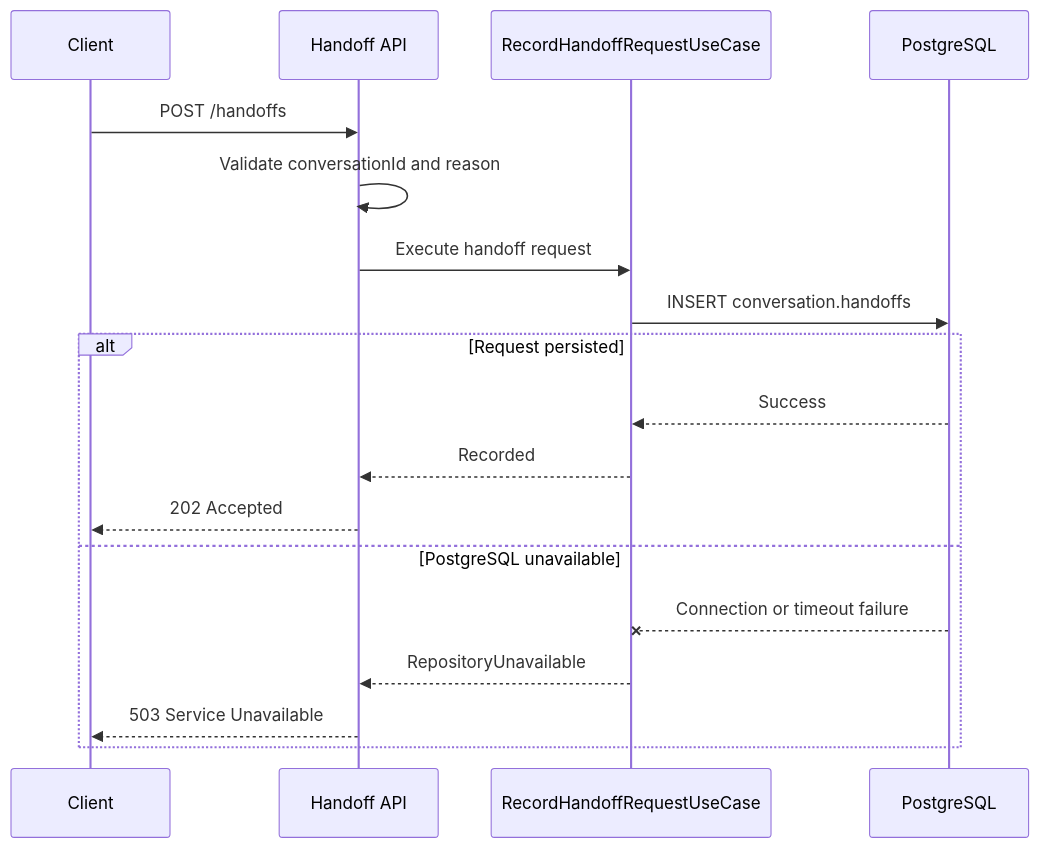
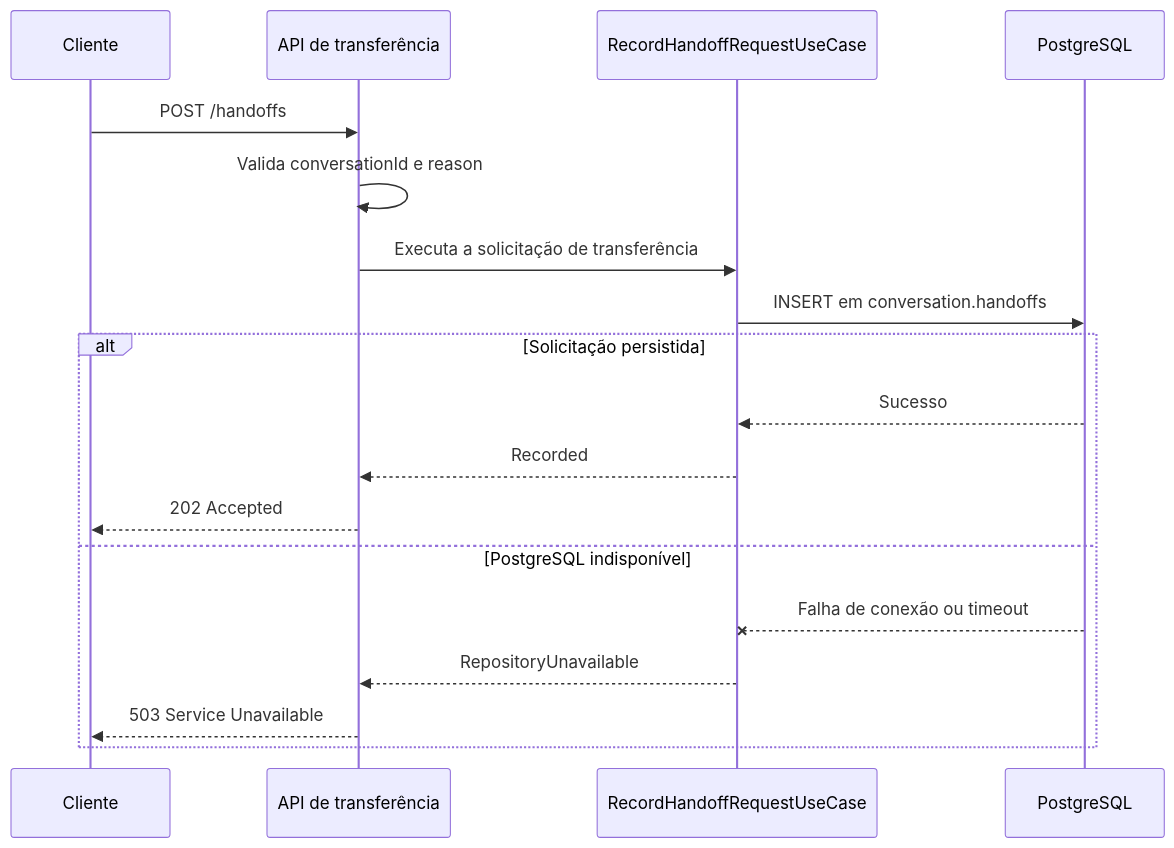
One commit to leandrosflora/conversation-handoff-service changed the second of 2 diagrams in README.md. Above: the diagram before and after it, drawn with Mermaid. The commit also changed other lines of this file, not shown here.

````diff
--- a/README.md
+++ b/README.md
@@ -35,22 +35,22 @@
 ```mermaid
 sequenceDiagram
-    participant Client
-    participant API as Handoff API
+    participant Client as Cliente
+    participant API as API de transferência
     participant UseCase as RecordHandoffRequestUseCase
     participant PostgreSQL
 
     Client->>API: POST /handoffs
-    API->>API: Validate conversationId and reason
-    API->>UseCase: Execute handoff request
-    UseCase->>PostgreSQL: INSERT conversation.handoffs
+    API->>API: Valida conversationId e reason
+    API->>UseCase: Executa a solicitação de transferência
+    UseCase->>PostgreSQL: INSERT em conversation.handoffs
 
-    alt Request persisted
-        PostgreSQL-->>UseCase: Success
+    alt Solicitação persistida
+        PostgreSQL-->>UseCase: Sucesso
         UseCase-->>API: Recorded
         API-->>Client: 202 Accepted
-    else PostgreSQL unavailable
-        PostgreSQL--xUseCase: Connection or timeout failure
+    else PostgreSQL indisponível
+        PostgreSQL--xUseCase: Falha de conexão ou timeout
         UseCase-->>API: RepositoryUnavailable
         API-->>Client: 503 Service Unavailable
     end
 ```
````
